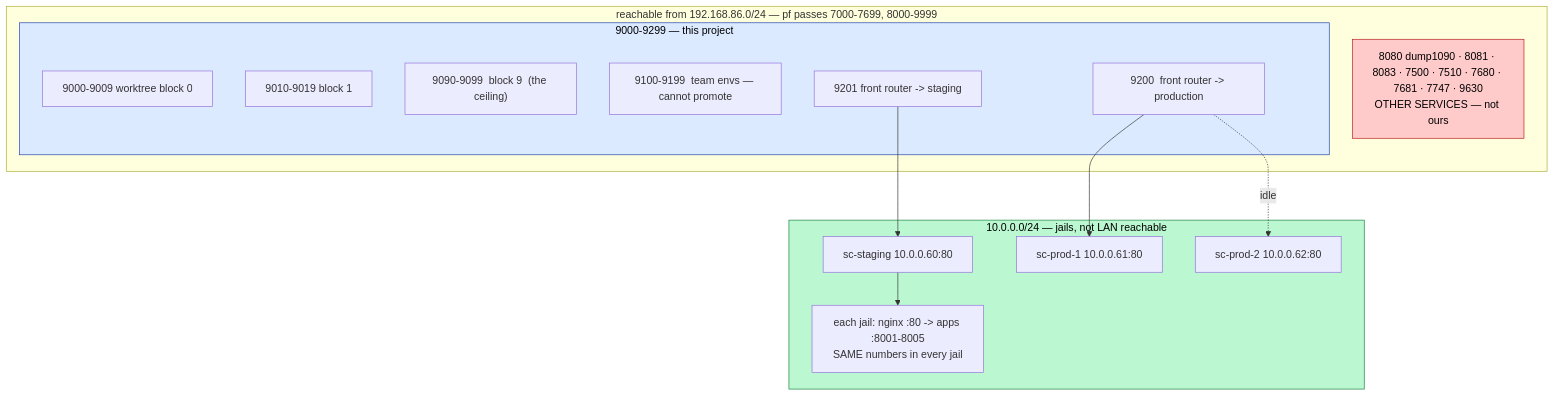
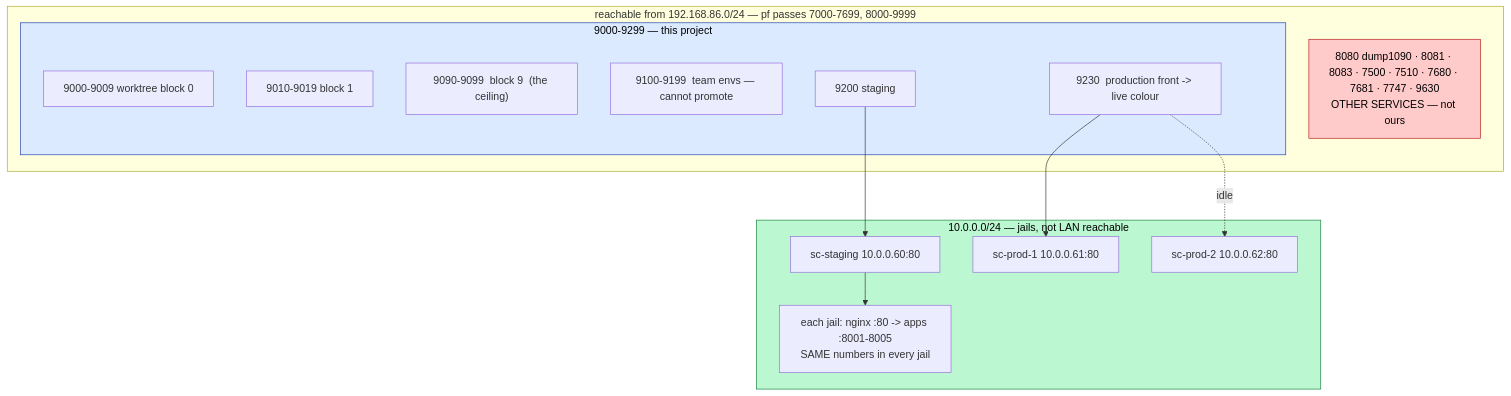
The first of 2 diagrams in spec.org (aygp-dr/standard-change), drawn with Mermaid before and after one commit. The commit also changed other lines of this file and 1 other file, not shown here.

```diff
--- a/spec.org
+++ b/spec.org
@@ -367,27 +367,27 @@
 #+begin_src mermaid :eval never-export
 flowchart TB
     subgraph lan["reachable from 192.168.86.0/24 — pf passes 7000-7699, 8000-9999"]
         subgraph ours["9000-9299 — this project"]
             W0["9000-9009  worktree block 0"]
             W1["9010-9019  block 1"]
             WN["9090-9099  block 9  (the ceiling)"]
             TE["9100-9199  team envs — cannot promote"]
-            FP["9200  front router -> production"]
-            FS["9201  front router -> staging"]
+            FP["9230  production front -> live colour"]
+            FS["9200  staging"]
         end
         OTHER["8080 dump1090 · 8081 · 8083 · 7500 · 7510 · 7680 · 7681 · 7747 · 9630<br/>OTHER SERVICES — not ours"]
     end
     subgraph jails["10.0.0.0/24 — jails, not LAN reachable"]
         J1["sc-staging  10.0.0.60:80"]
         J2["sc-prod-1   10.0.0.61:80"]
         J3["sc-prod-2   10.0.0.62:80"]
         JA["each jail: nginx :80 -> apps :8001-8005<br/>SAME numbers in every jail"]
     end
     FP --> J2
     FP -.->|idle| J3
     FS --> J1
     J1 --> JA
     style ours fill:#dbeafe,stroke:#1e40af,color:#000
     style OTHER fill:#fecaca,stroke:#b91c1c,color:#000
     style jails fill:#bbf7d0,stroke:#15803d,color:#000
 #+end_src
```
